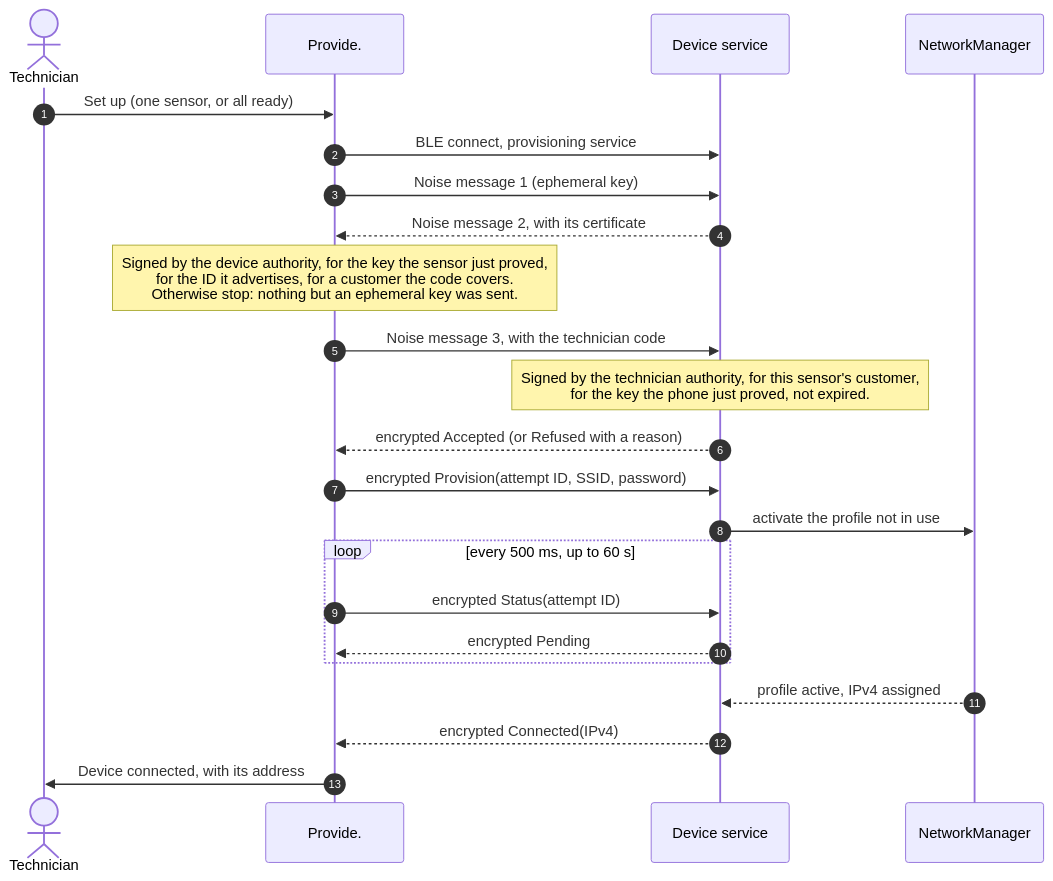
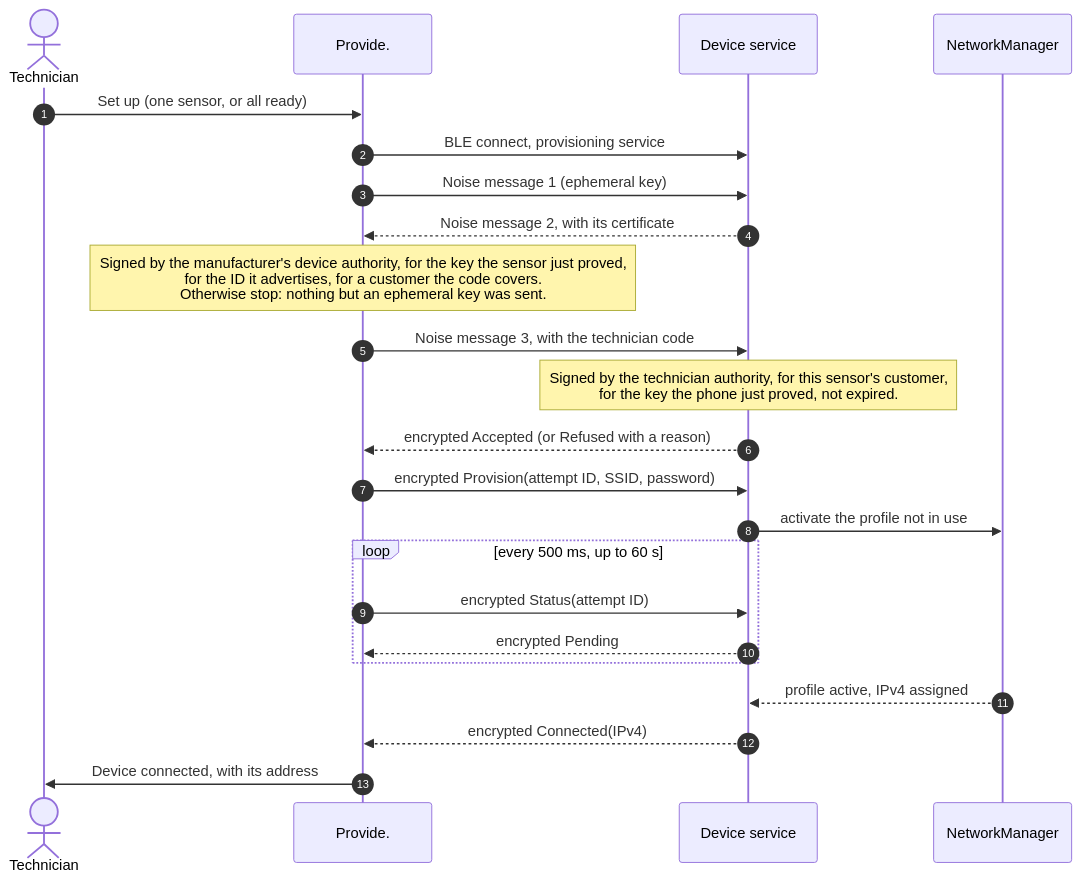
The second of 3 diagrams in docs/ARCHITECTURE.md (NoeBrt/Teton-Provide), drawn with Mermaid before and after one commit. The commit also changed other lines of this file and 102 other files, not shown here.

````diff
--- a/docs/ARCHITECTURE.md
+++ b/docs/ARCHITECTURE.md
@@ -79,25 +79,25 @@
 ```mermaid
 sequenceDiagram
     autonumber
     actor T as Technician
     participant P as Provide.
     participant D as Device service
     participant N as NetworkManager
     T->>P: Set up (one sensor, or all ready)
     P->>D: BLE connect, provisioning service
     P->>D: Noise message 1 (ephemeral key)
     D-->>P: Noise message 2, with its certificate
-    Note over P: Signed by the device authority, for the key the sensor just proved,<br/>for the ID it advertises, for a customer the code covers.<br/>Otherwise stop: nothing but an ephemeral key was sent.
+    Note over P: Signed by the manufacturer's device authority, for the key the sensor just proved,<br/>for the ID it advertises, for a customer the code covers.<br/>Otherwise stop: nothing but an ephemeral key was sent.
     P->>D: Noise message 3, with the technician code
     Note over D: Signed by the technician authority, for this sensor's customer,<br/>for the key the phone just proved, not expired.
     D-->>P: encrypted Accepted (or Refused with a reason)
     P->>D: encrypted Provision(attempt ID, SSID, password)
     D->>N: activate the profile not in use
     loop every 500 ms, up to 60 s
         P->>D: encrypted Status(attempt ID)
         D-->>P: encrypted Pending
     end
     N-->>D: profile active, IPv4 assigned
     D-->>P: encrypted Connected(IPv4)
     P->>T: Device connected, with its address
 ```
````
